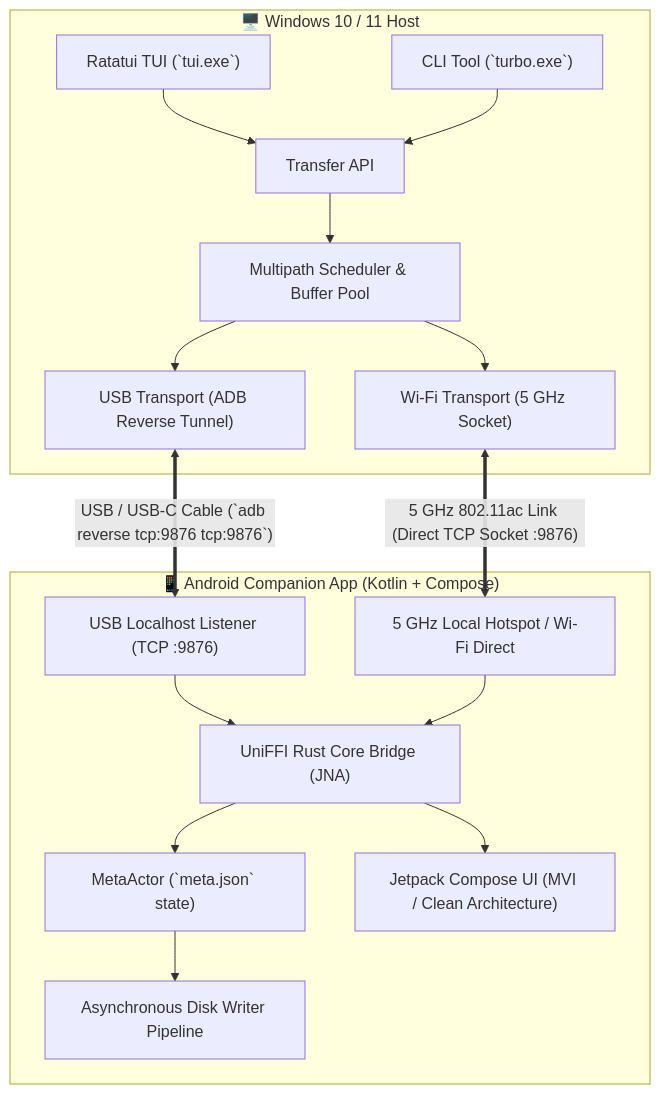
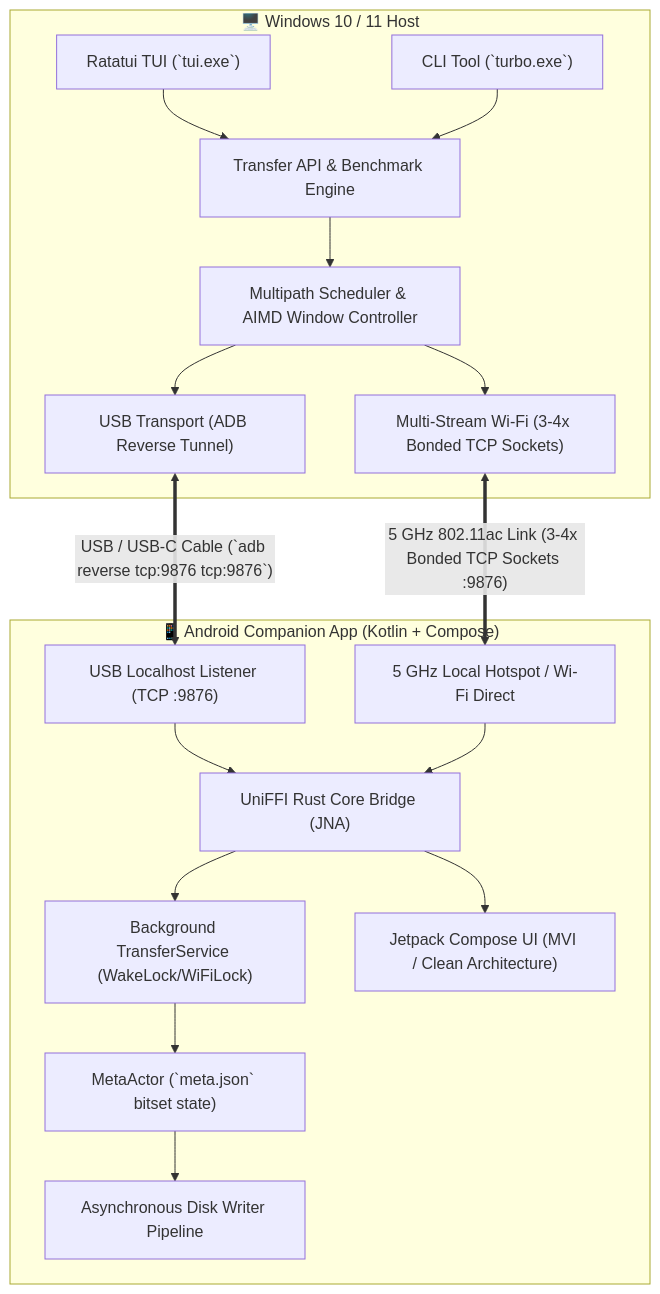
One commit to mdumair-sk/TurboTransfer changed the first of 2 diagrams in README.md. Above: the diagram before and after it, drawn with Mermaid. The commit also changed other lines of this file and 16 other files, not shown here.

Commit message:
feat: implement multipath AIMD congestion control, benchmark suite, and enhanced transport bonding with multi-stream Wi-Fi support

````diff
--- a/README.md
+++ b/README.md
@@ -27,35 +27,37 @@
 ```mermaid
 graph TD
     subgraph Windows ["🖥️ Windows 10 / 11 Host"]
         TUI["Ratatui TUI (`tui.exe`)"]
         CLI["CLI Tool (`turbo.exe`)"]
-        API["Transfer API"]
-        SCHED["Multipath Scheduler & Buffer Pool"]
+        API["Transfer API & Benchmark Engine"]
+        SCHED["Multipath Scheduler & AIMD Window Controller"]
         USB_W["USB Transport (ADB Reverse Tunnel)"]
-        WIFI_W["Wi-Fi Transport (5 GHz Socket)"]
+        WIFI_W["Multi-Stream Wi-Fi (3-4x Bonded TCP Sockets)"]
     end
 
     subgraph Android ["📱 Android Companion App (Kotlin + Compose)"]
+        SVC["Background TransferService (WakeLock/WiFiLock)"]
         USB_A["USB Localhost Listener (TCP :9876)"]
         WIFI_A["5 GHz Local Hotspot / Wi-Fi Direct"]
         UNIFFI["UniFFI Rust Core Bridge (JNA)"]
-        ACTOR["MetaActor (`meta.json` state)"]
+        ACTOR["MetaActor (`meta.json` bitset state)"]
         DISK["Asynchronous Disk Writer Pipeline"]
         APP["Jetpack Compose UI (MVI / Clean Architecture)"]
     end
 
     TUI --> API
     CLI --> API
     API --> SCHED
     SCHED --> USB_W
     SCHED --> WIFI_W
 
     USB_W <== "USB / USB-C Cable (`adb reverse tcp:9876 tcp:9876`)" ==> USB_A
-    WIFI_W <== "5 GHz 802.11ac Link (Direct TCP Socket :9876)" ==> WIFI_A
+    WIFI_W <== "5 GHz 802.11ac Link (3-4x Bonded TCP Sockets :9876)" ==> WIFI_A
 
     USB_A --> UNIFFI
     WIFI_A --> UNIFFI
-    UNIFFI --> ACTOR
+    UNIFFI --> SVC
+    SVC --> ACTOR
     ACTOR --> DISK
     UNIFFI --> APP
 ```
````
